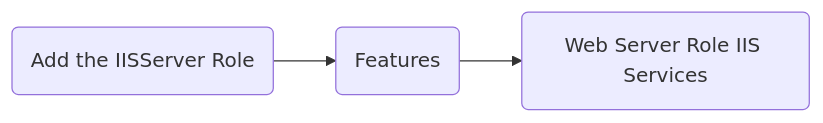
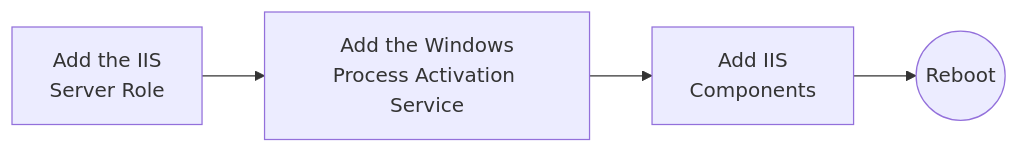
The diagram in man/tngnwsvc/host-iis/README.md (spectrum-health-systems/tingen-documentation), drawn with Mermaid before and after one commit. The commit also changed other lines of this file and 8 other files, not shown here.

````diff
--- a/man/tngnwsvc/host-iis/README.md
+++ b/man/tngnwsvc/host-iis/README.md
@@ -24,8 +24,11 @@
 ```mermaid
 flowchart LR
   %% Content
-  ServerRole@{shape: rect, label: "Add the IIS\nServer Role" }
+  IisRole@{shape: rect, label: "Add the IIS\nServer Role" }
+  WpasFeature@{shape: rect, label: "Add the Windows<br/>Process Activation Service" }
+  IisComponents@{shape: rect, label: "Add IIS\nComponents" }
+  Reboot@{shape: circ, label: "Reboot" }
   %% Layout
-  ServerRole("Add the IISServer Role") --> Features(Features) --> WebServerRoleServices(Web Server Role IIS Services)
+  IisRole --> WpasFeature --> IisComponents --> Reboot
   %% Styles
 ```
````
